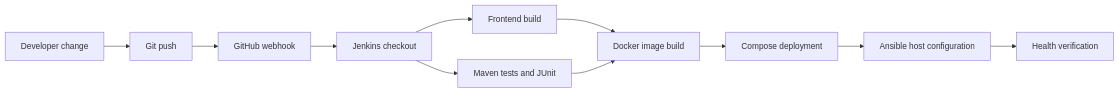
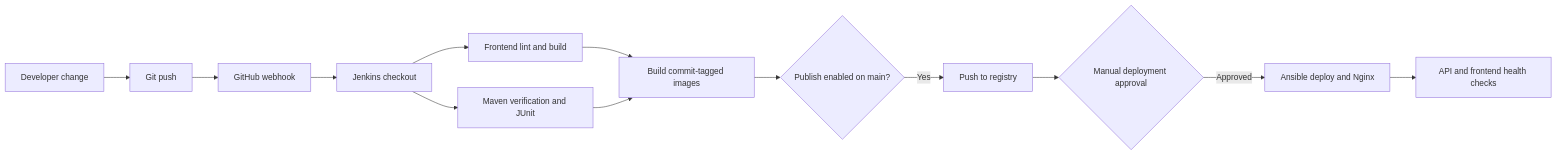
Before and after one commit to Sonikaelangovan/-E-WASTE-SYSTEM: the second of 2 diagrams in README.md, drawn with Mermaid. The commit also changed other lines of this file and 47 other files, not shown here.

````diff
--- a/README.md
+++ b/README.md
@@ -131,13 +137,15 @@
 ```mermaid
 flowchart LR
   Change[Developer change] --> Push[Git push]
   Push --> Hook[GitHub webhook]
   Hook --> CI[Jenkins checkout]
-  CI --> UI[Frontend build]
-  CI --> Test[Maven tests and JUnit]
-  UI --> Image[Docker image build]
+  CI --> UI[Frontend lint and build]
+  CI --> Test[Maven verification and JUnit]
+  UI --> Image[Build commit-tagged images]
   Test --> Image
-  Image --> Deploy[Compose deployment]
-  Deploy --> Ansible[Ansible host configuration]
-  Ansible --> Health[Health verification]
+  Image --> Gate{Publish enabled on main?}
+  Gate -->|Yes| Registry[Push to registry]
+  Registry --> Approval{Manual deployment approval}
+  Approval -->|Approved| Ansible[Ansible deploy and Nginx]
+  Ansible --> Health[API and frontend health checks]
 ```
````
